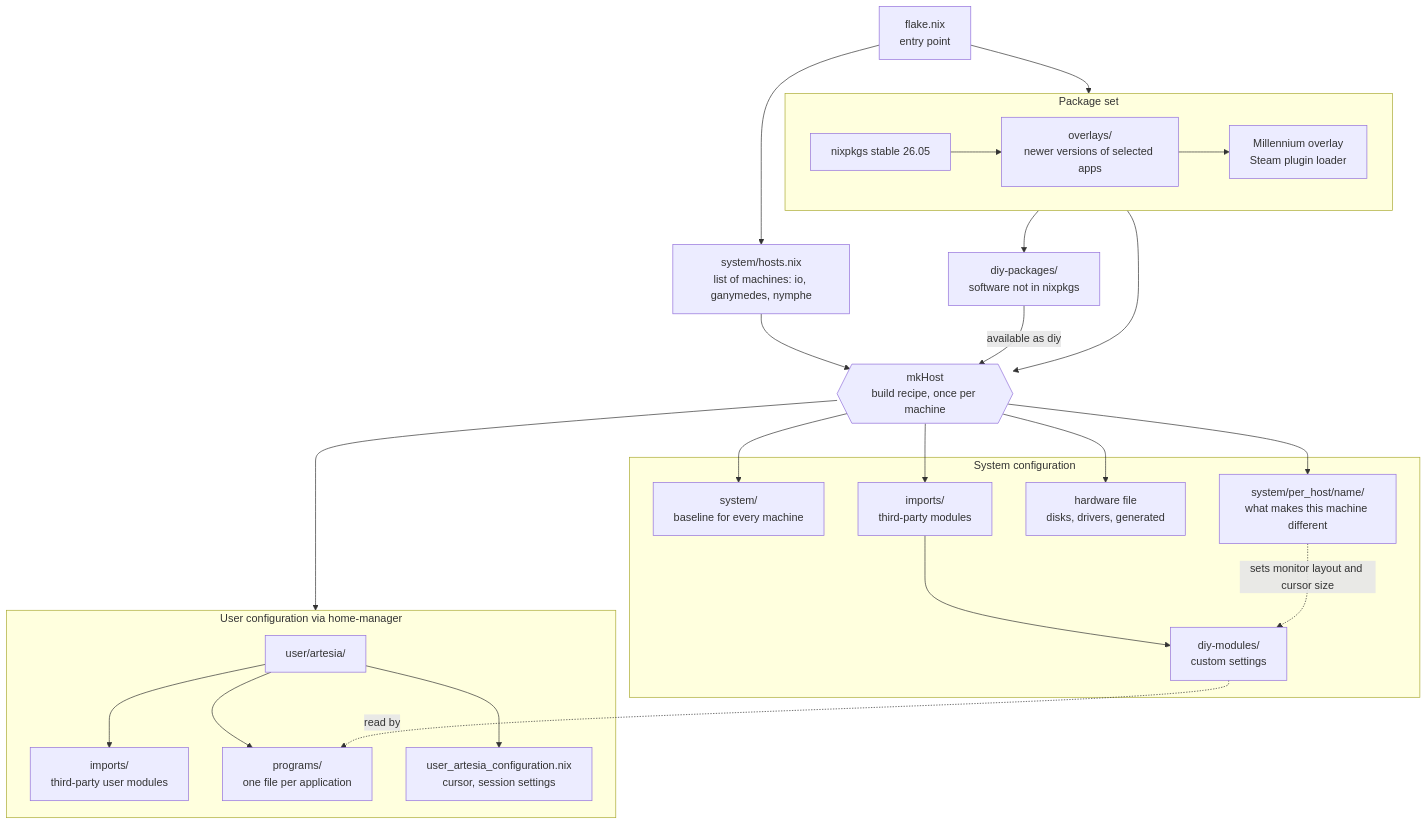
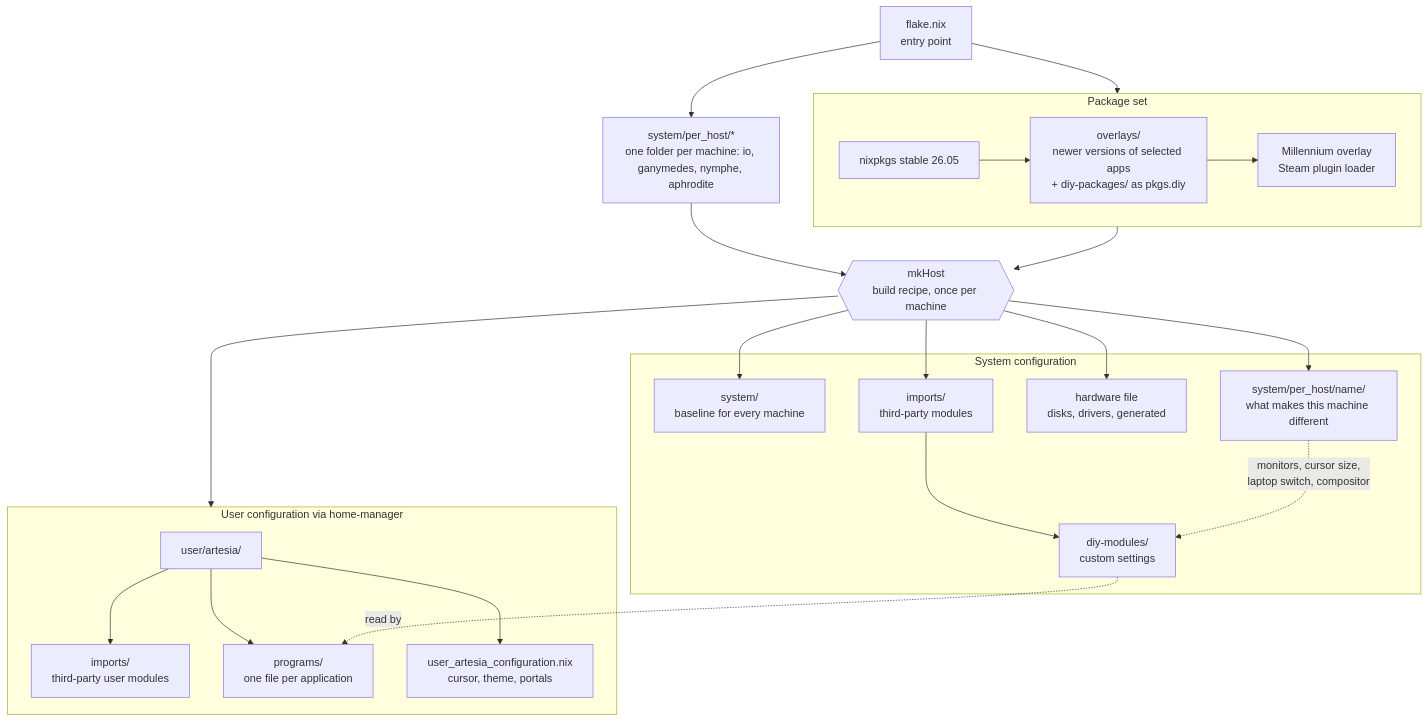
Before and after one commit to 68656c6c/celestial: the first of 2 diagrams in docs/structure.md, drawn with Mermaid. The commit also changed other lines of this file and 1 other file, not shown here.

First line of the commit message:
docs: describe the current layout

````diff
--- a/docs/structure.md
+++ b/docs/structure.md
@@ -25,45 +26,41 @@
 ```mermaid
 flowchart TD
     flake["flake.nix<br/>entry point"]
-    hosts["system/hosts.nix<br/>list of machines: io, ganymedes, nymphe"]
+    hosts["system/per_host/*<br/>one folder per machine: io, ganymedes, nymphe, aphrodite"]
     mkHost{{"mkHost<br/>build recipe, once per machine"}}
 
     flake --> hosts --> mkHost
 
     subgraph pkgset["Package set"]
         nixpkgs["nixpkgs stable 26.05"]
-        overlays["overlays/<br/>newer versions of selected apps"]
+        overlays["overlays/<br/>newer versions of selected apps<br/>+ diy-packages/ as pkgs.diy"]
         millennium["Millennium overlay<br/>Steam plugin loader"]
         nixpkgs --> overlays --> millennium
     end
 
-    diypkgs["diy-packages/<br/>software not in nixpkgs"]
-
     flake --> pkgset
-    pkgset --> diypkgs
     pkgset --> mkHost
-    diypkgs -->|"available as diy"| mkHost
 
     subgraph nixos["System configuration"]
         system["system/<br/>baseline for every machine"]
         imports["imports/<br/>third-party modules"]
         diymods["diy-modules/<br/>custom settings"]
         hw["hardware file<br/>disks, drivers, generated"]
         perhost["system/per_host/name/<br/>what makes this machine different"]
         imports --> diymods
     end
 
     mkHost --> system & imports & hw & perhost
 
     subgraph hm["User configuration via home-manager"]
         user["user/artesia/"]
         uimports["imports/<br/>third-party user modules"]
         programs["programs/<br/>one file per application"]
-        ucfg["user_artesia_configuration.nix<br/>cursor, session settings"]
+        ucfg["user_artesia_configuration.nix<br/>cursor, theme, portals"]
         user --> uimports & programs & ucfg
     end
 
     mkHost --> hm
-    perhost -.->|"sets monitor layout and cursor size"| diymods
+    perhost -.->|"monitors, cursor size,<br/>laptop switch, compositor"| diymods
     diymods -.->|"read by"| programs
 ```
````
